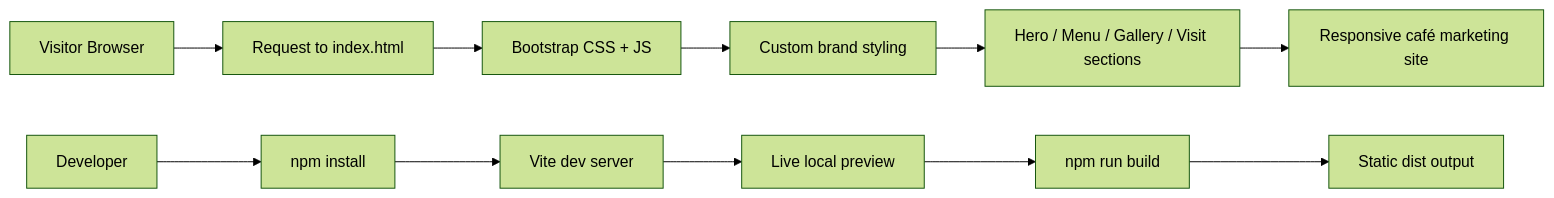
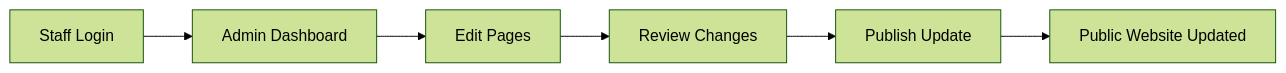
The first of 2 diagrams in README.md (hkevin01/sample-website), drawn with Mermaid (forest theme) before and after one commit. The commit also changed other lines of this file, not shown here.

````diff
--- a/README.md
+++ b/README.md
@@ -107,14 +66,8 @@
 ```mermaid
 flowchart LR
-    A[Visitor Browser] --> B[Request to index.html]
-    B --> C[Bootstrap CSS + JS]
-    C --> D[Custom brand styling]
-    D --> E[Hero / Menu / Gallery / Visit sections]
-    E --> F[Responsive café marketing site]
-
-    G[Developer] --> H[npm install]
-    H --> I[Vite dev server]
-    I --> J[Live local preview]
-    J --> K[npm run build]
-    K --> L[Static dist output]
+    A[Staff Login] --> B[Admin Dashboard]
+    B --> C[Edit Pages]
+    C --> D[Review Changes]
+    D --> E[Publish Update]
+    E --> F[Public Website Updated]
 ```
````
